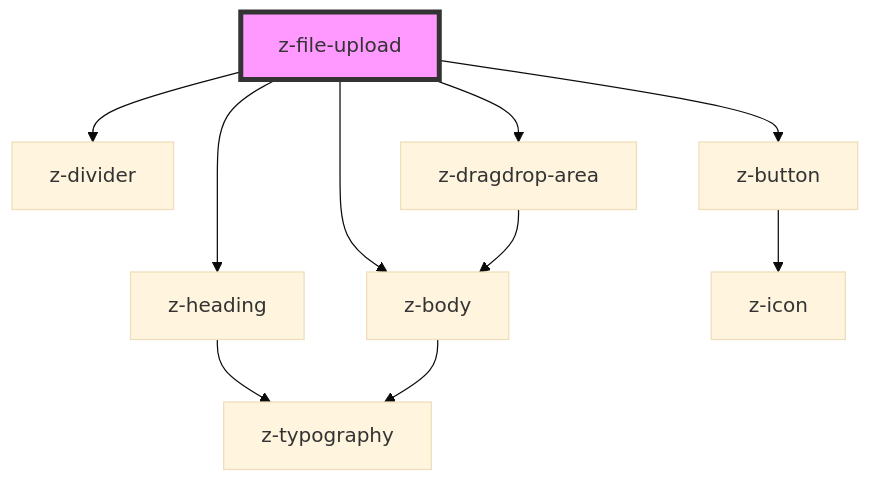
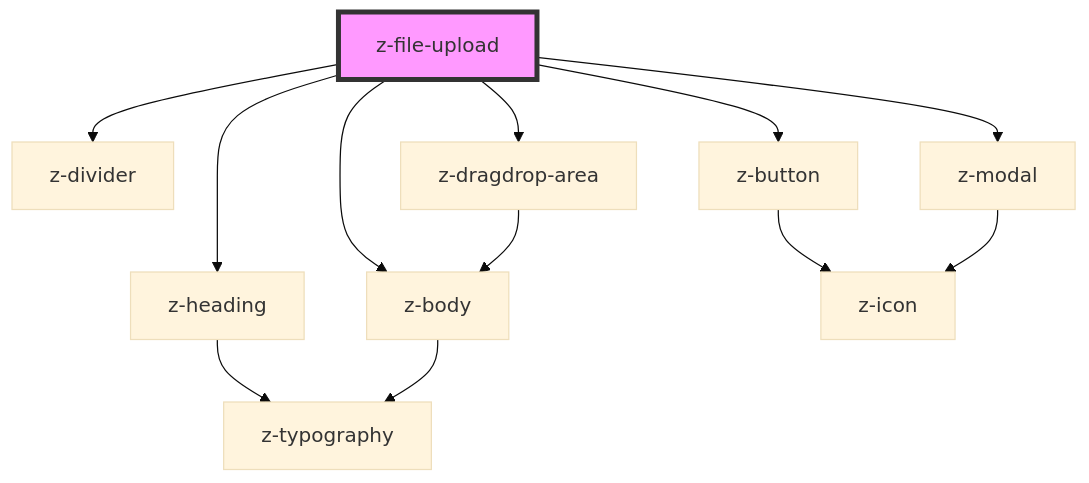
Before and after one commit to ZanichelliEditore/design-system: the diagram in src/components/file-upload/z-file-upload/readme.md, drawn with Mermaid (base theme). The commit also changed other lines of this file and 5 other files, not shown here.

````diff
--- a/src/components/file-upload/z-file-upload/readme.md
+++ b/src/components/file-upload/z-file-upload/readme.md
@@ -36,13 +38,15 @@
 ```mermaid
 graph TD;
   z-file-upload --> z-heading
   z-file-upload --> z-body
   z-file-upload --> z-divider
   z-file-upload --> z-button
   z-file-upload --> z-dragdrop-area
+  z-file-upload --> z-modal
   z-heading --> z-typography
   z-body --> z-typography
   z-button --> z-icon
   z-dragdrop-area --> z-body
+  z-modal --> z-icon
   style z-file-upload fill:#f9f,stroke:#333,stroke-width:4px
 ```
````
